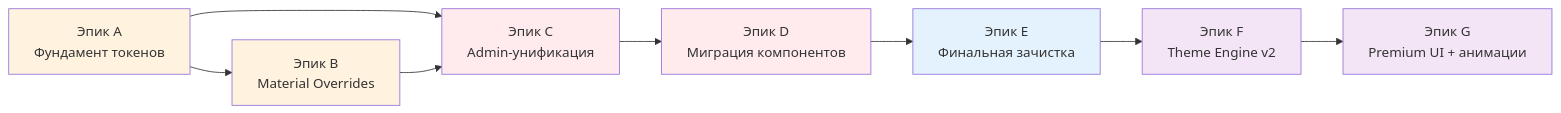
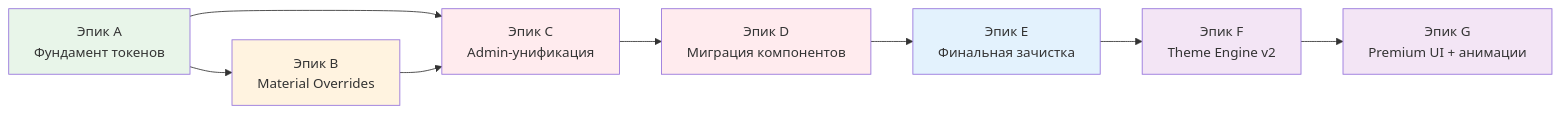
One commit to maestrotype/angular-ecommerce-3d changed the diagram in docs/REFACTORING_BOARD.md. Above: the diagram before and after it, drawn with Mermaid. The commit also changed other lines of this file and 7 other files, not shown here.

````diff
--- a/docs/REFACTORING_BOARD.md
+++ b/docs/REFACTORING_BOARD.md
@@ -77,18 +78,18 @@
 ```mermaid
 graph LR
     A["Эпик A<br/>Фундамент токенов"] --> B["Эпик B<br/>Material Overrides"]
     A --> C["Эпик C<br/>Admin-унификация"]
     B --> C
     C --> D["Эпик D<br/>Миграция компонентов"]
     D --> E["Эпик E<br/>Финальная зачистка"]
     E --> F["Эпик F<br/>Theme Engine v2"]
     F --> G["Эпик G<br/>Premium UI + анимации"]
 
-    style A fill:#fff3e0
+    style A fill:#e8f5e9
     style B fill:#fff3e0
     style C fill:#ffebee
     style D fill:#ffebee
     style E fill:#e3f2fd
     style F fill:#f3e5f5
     style G fill:#f3e5f5
 ```
````
